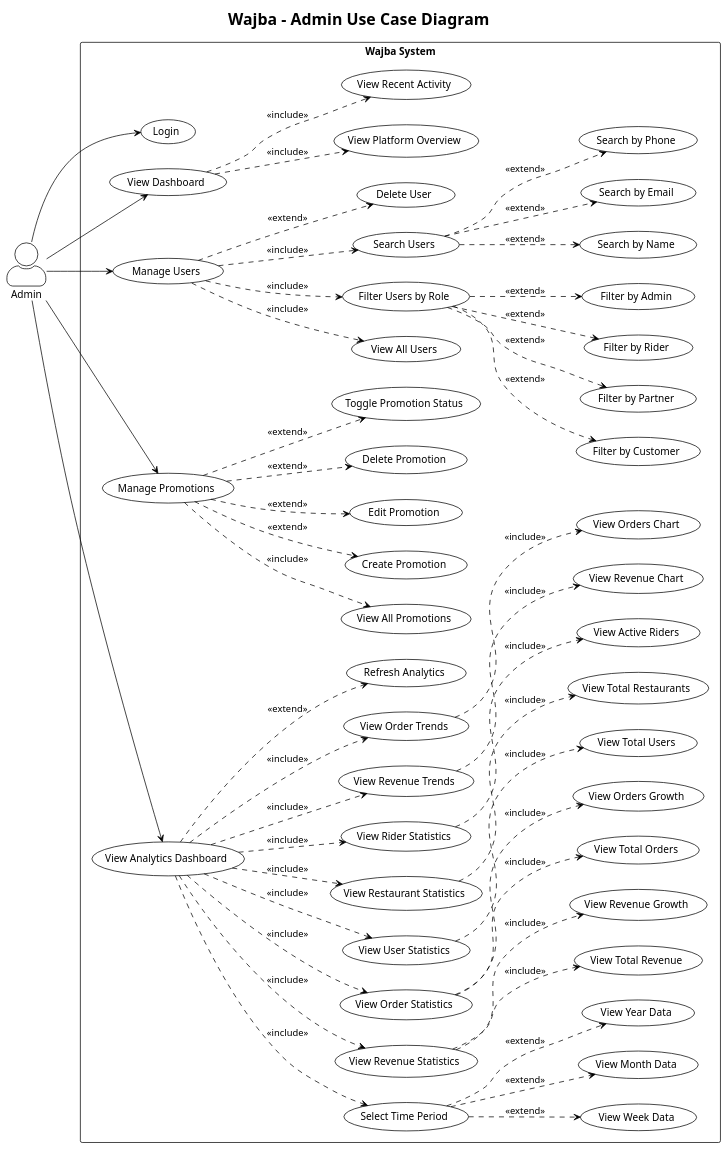
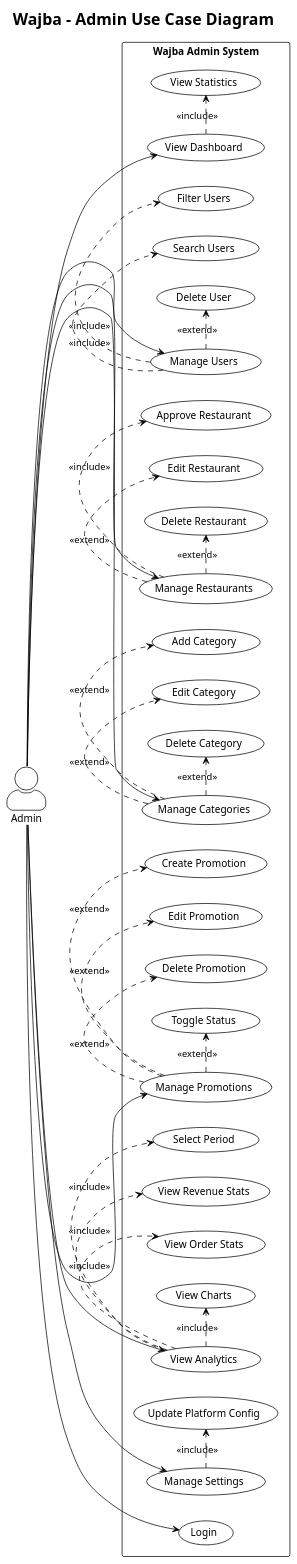
One commit to mmahmood233/SmartBite changed the diagram in diagrams/usecase-admin.puml. Above: the diagram before and after it, drawn with PlantUML. The commit also changed 127 other files, not shown here.

First line of the commit message:
docs: add comprehensive order flow documentation and data management scripts

```diff
--- a/diagrams/usecase-admin.puml
+++ b/diagrams/usecase-admin.puml
@@ -1,139 +1,100 @@
-@startuml Admin Use Case Diagram
+@startuml Admin Use Case
 !theme plain
 skinparam actorStyle awesome
 
 title Wajba - Admin Use Case Diagram
 
 left to right direction
 
 actor Admin as A
 
-rectangle "Wajba System" {
+rectangle "Wajba Admin System" {
+  
   ' Authentication
   usecase "Login" as UC1
   
   ' Dashboard
   usecase "View Dashboard" as UC2
-  usecase "View Platform Overview" as UC2A
-  usecase "View Recent Activity" as UC2B
+  usecase "View Statistics" as UC2A
   
   ' User Management
   usecase "Manage Users" as UC3
-  usecase "View All Users" as UC4
-  usecase "Filter Users by Role" as UC5
-  usecase "Filter by Customer" as UC5A
-  usecase "Filter by Partner" as UC5B
-  usecase "Filter by Rider" as UC5C
-  usecase "Filter by Admin" as UC5D
-  usecase "Search Users" as UC6
-  usecase "Search by Name" as UC6A
-  usecase "Search by Email" as UC6B
-  usecase "Search by Phone" as UC6C
-  usecase "Delete User" as UC8
+  usecase "Filter Users" as UC3A
+  usecase "Search Users" as UC3B
+  usecase "Delete User" as UC3C
+  
+  ' Restaurant Management
+  usecase "Manage Restaurants" as UC4
+  usecase "Approve Restaurant" as UC4A
+  usecase "Edit Restaurant" as UC4B
+  usecase "Delete Restaurant" as UC4C
+  
+  ' Category Management
+  usecase "Manage Categories" as UC5
+  usecase "Add Category" as UC5A
+  usecase "Edit Category" as UC5B
+  usecase "Delete Category" as UC5C
   
   ' Promotions Management
-  usecase "Manage Promotions" as UC18
-  usecase "View All Promotions" as UC18A
-  usecase "Create Promotion" as UC18B
-  usecase "Edit Promotion" as UC18C
-  usecase "Delete Promotion" as UC18D
-  usecase "Toggle Promotion Status" as UC18E
+  usecase "Manage Promotions" as UC6
+  usecase "Create Promotion" as UC6A
+  usecase "Edit Promotion" as UC6B
+  usecase "Delete Promotion" as UC6C
+  usecase "Toggle Status" as UC6D
   
-  ' Analytics Dashboard
-  usecase "View Analytics Dashboard" as UC9
-  usecase "Select Time Period" as UC9A
-  usecase "View Week Data" as UC9A1
-  usecase "View Month Data" as UC9A2
-  usecase "View Year Data" as UC9A3
-  usecase "View Revenue Statistics" as UC10
-  usecase "View Total Revenue" as UC10A
-  usecase "View Revenue Growth" as UC10B
-  usecase "View Order Statistics" as UC11
-  usecase "View Total Orders" as UC11A
-  usecase "View Orders Growth" as UC11B
-  usecase "View User Statistics" as UC12
-  usecase "View Total Users" as UC12A
-  usecase "View Restaurant Statistics" as UC13
-  usecase "View Total Restaurants" as UC13A
-  usecase "View Rider Statistics" as UC14
-  usecase "View Active Riders" as UC14A
-  usecase "View Revenue Trends" as UC15
-  usecase "View Revenue Chart" as UC15A
-  usecase "View Order Trends" as UC16
-  usecase "View Orders Chart" as UC16A
-  usecase "Refresh Analytics" as UC17
+  ' Analytics
+  usecase "View Analytics" as UC7
+  usecase "Select Period" as UC7A
+  usecase "View Revenue Stats" as UC7B
+  usecase "View Order Stats" as UC7C
+  usecase "View Charts" as UC7D
+  
+  ' Settings
+  usecase "Manage Settings" as UC8
+  usecase "Update Platform Config" as UC8A
 }
 
 ' Admin relationships
 A --> UC1
 A --> UC2
 A --> UC3
-A --> UC18
-A --> UC9
+A --> UC4
+A --> UC5
+A --> UC6
+A --> UC7
+A --> UC8
 
 ' Dashboard includes
-UC2 ..> UC2A : <<include>>
-UC2 ..> UC2B : <<include>>
+UC2 .> UC2A : <<include>>
 
-' User Management includes
-UC3 ..> UC4 : <<include>>
-UC3 ..> UC5 : <<include>>
-UC3 ..> UC6 : <<include>>
-UC3 ..> UC8 : <<extend>>
+' User Management
+UC3 .> UC3A : <<include>>
+UC3 .> UC3B : <<include>>
+UC3 .> UC3C : <<extend>>
 
-' Filter includes
-UC5 ..> UC5A : <<extend>>
-UC5 ..> UC5B : <<extend>>
-UC5 ..> UC5C : <<extend>>
-UC5 ..> UC5D : <<extend>>
+' Restaurant Management
+UC4 .> UC4A : <<include>>
+UC4 .> UC4B : <<extend>>
+UC4 .> UC4C : <<extend>>
 
-' Search includes
-UC6 ..> UC6A : <<extend>>
-UC6 ..> UC6B : <<extend>>
-UC6 ..> UC6C : <<extend>>
+' Category Management
+UC5 .> UC5A : <<extend>>
+UC5 .> UC5B : <<extend>>
+UC5 .> UC5C : <<extend>>
 
-' Promotions Management includes
-UC18 ..> UC18A : <<include>>
-UC18 ..> UC18B : <<extend>>
-UC18 ..> UC18C : <<extend>>
-UC18 ..> UC18D : <<extend>>
-UC18 ..> UC18E : <<extend>>
+' Promotions Management
+UC6 .> UC6A : <<extend>>
+UC6 .> UC6B : <<extend>>
+UC6 .> UC6C : <<extend>>
+UC6 .> UC6D : <<extend>>
 
-' Analytics includes
-UC9 ..> UC9A : <<include>>
-UC9 ..> UC10 : <<include>>
-UC9 ..> UC11 : <<include>>
-UC9 ..> UC12 : <<include>>
-UC9 ..> UC13 : <<include>>
-UC9 ..> UC14 : <<include>>
-UC9 ..> UC15 : <<include>>
-UC9 ..> UC16 : <<include>>
-UC9 ..> UC17 : <<extend>>
+' Analytics
+UC7 .> UC7A : <<include>>
+UC7 .> UC7B : <<include>>
+UC7 .> UC7C : <<include>>
+UC7 .> UC7D : <<include>>
 
-' Time period includes
-UC9A ..> UC9A1 : <<extend>>
-UC9A ..> UC9A2 : <<extend>>
-UC9A ..> UC9A3 : <<extend>>
-
-' Revenue stats includes
-UC10 ..> UC10A : <<include>>
-UC10 ..> UC10B : <<include>>
-
-' Order stats includes
-UC11 ..> UC11A : <<include>>
-UC11 ..> UC11B : <<include>>
-
-' User stats includes
-UC12 ..> UC12A : <<include>>
-
-' Restaurant stats includes
-UC13 ..> UC13A : <<include>>
-
-' Rider stats includes
-UC14 ..> UC14A : <<include>>
-
-' Trend includes
-UC15 ..> UC15A : <<include>>
-UC16 ..> UC16A : <<include>>
+' Settings
+UC8 .> UC8A : <<include>>
 
 @enduml
```
